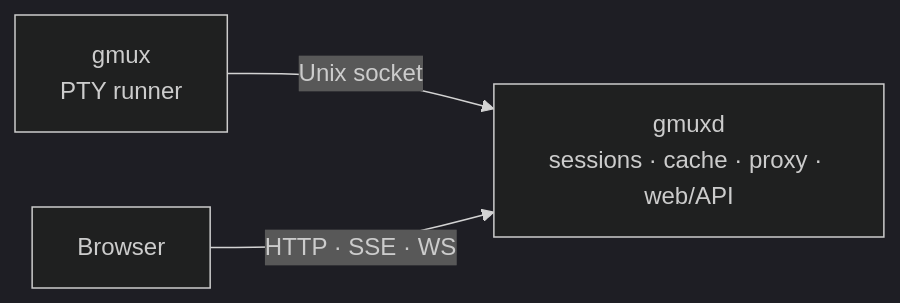
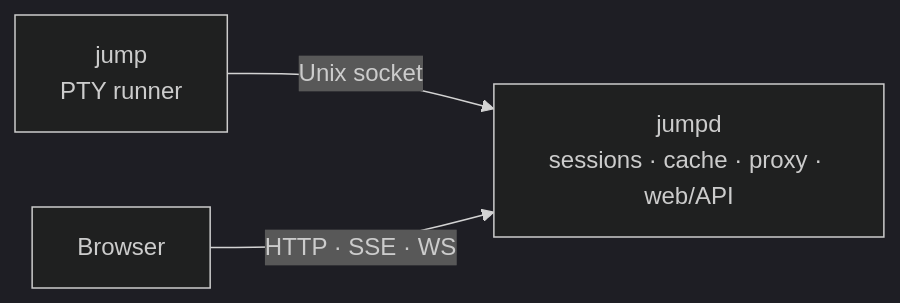
The first of 3 diagrams in README.md (btmc0/datai), drawn with Mermaid (dark theme) before and after one commit. The commit also changed other lines of this file and 487 other files, not shown here.

````diff
--- a/README.md
+++ b/README.md
@@ -46,5 +46,5 @@
 ```mermaid
 graph LR
-    gmux["gmux\nPTY runner"] -->|Unix socket| gmuxd["gmuxd\nsessions · cache · proxy · web/API"]
-    browser["Browser"] -->|HTTP · SSE · WS| gmuxd
+    jump["jump\nPTY runner"] -->|Unix socket| jumpd["jumpd\nsessions · cache · proxy · web/API"]
+    browser["Browser"] -->|HTTP · SSE · WS| jumpd
 ```
````
